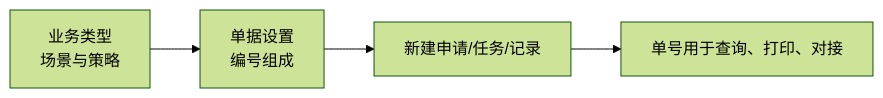
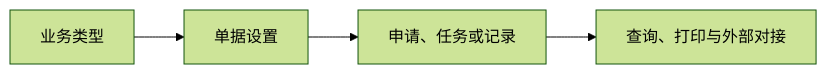
The diagram in docs/04-DBC-主数据管理/05-策略设置/04-单据设置.md (jiargcn/MomProductDocument), drawn with Mermaid (forest theme) before and after one commit. The commit also changed other lines of this file and 120 other files, not shown here.

````diff
--- a/docs/04-DBC-主数据管理/05-策略设置/04-单据设置.md
+++ b/docs/04-DBC-主数据管理/05-策略设置/04-单据设置.md
@@ -40,6 +34,6 @@
 ```mermaid
 flowchart LR
-    A["业务类型<br/>场景与策略"] --> B["单据设置<br/>编号组成"]
-    B --> C["新建申请/任务/记录"]
-    C --> D["单号用于查询、打印、对接"]
+    A["业务类型"] --> B["单据设置"]
+    B --> C["申请、任务或记录"]
+    C --> D["查询、打印与外部对接"]
 ```
````
